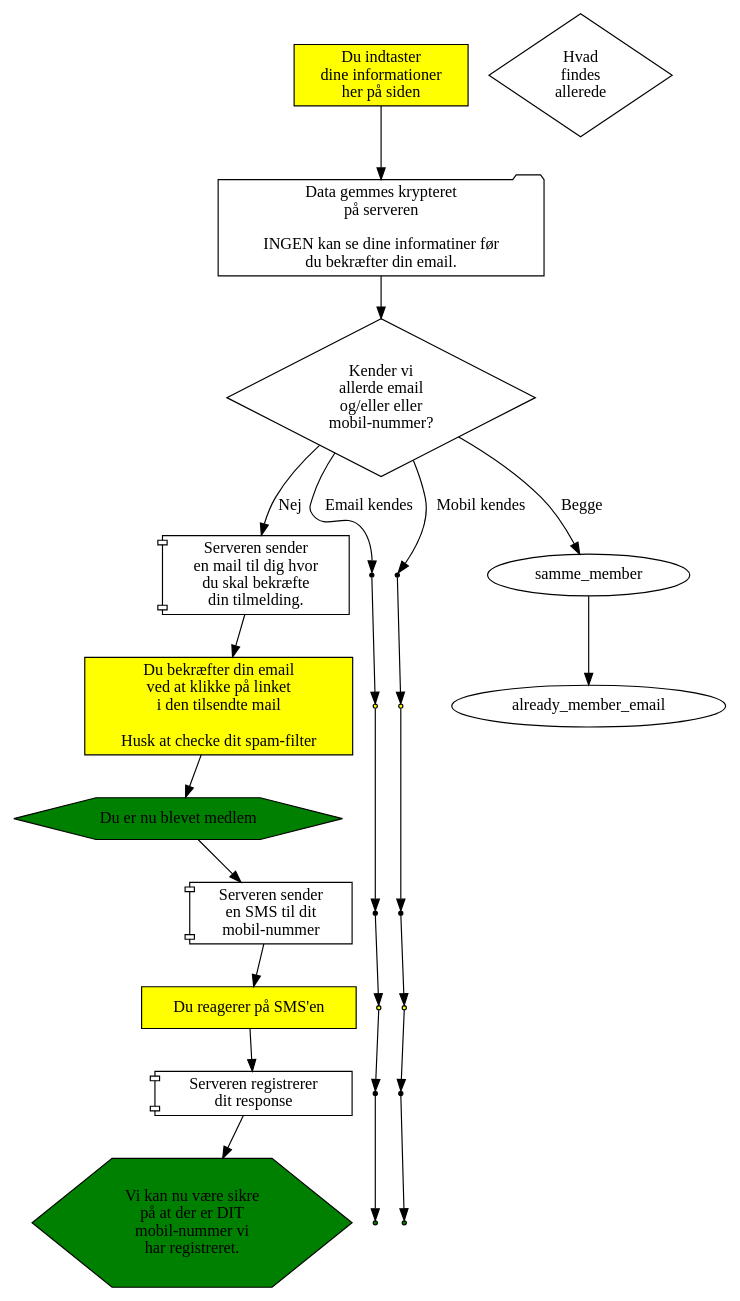
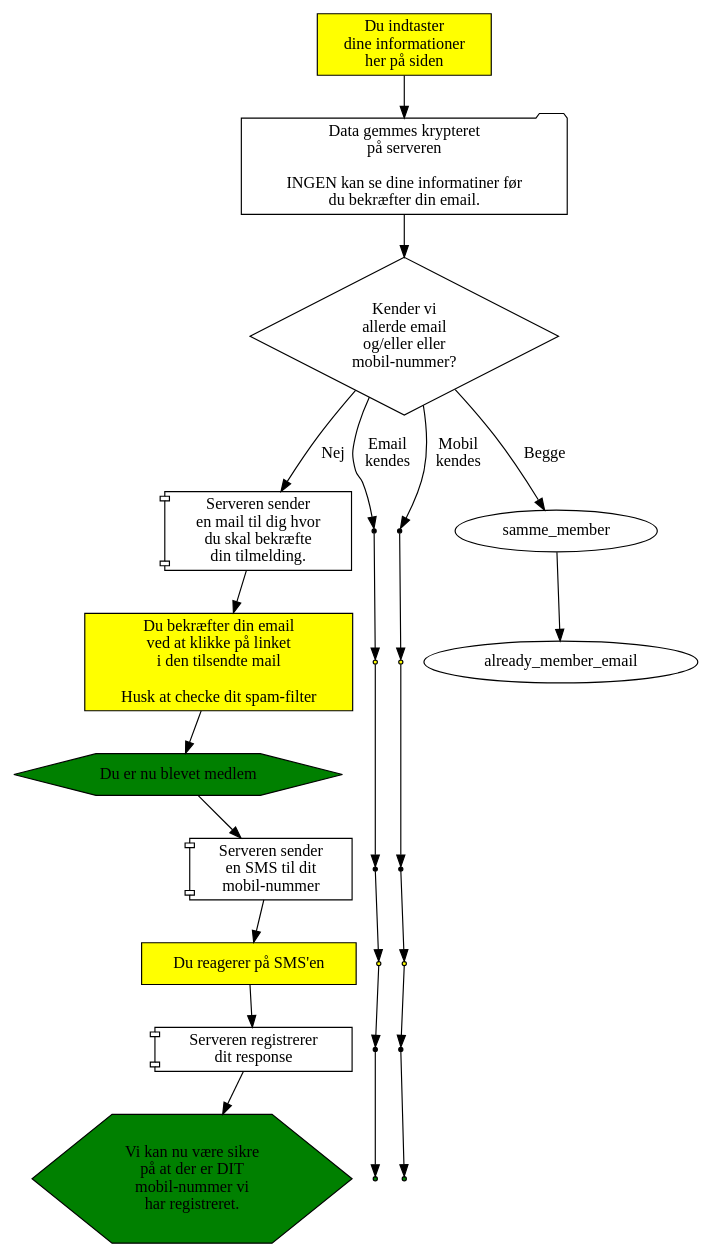
The diagram in medlemskab/indmeldelse.dot (alslug/alslug.dk), drawn with Graphviz before and after one commit.

```diff
--- a/medlemskab/indmeldelse.dot
+++ b/medlemskab/indmeldelse.dot
@@ -1,70 +1,69 @@
 digraph indmeldelse {
   { # Dine handlinger
     node [ shape=box style=filled fillcolor=yellow ];
     indtast                [label="Du indtaster\ndine informationer\nher på siden"];
     subgraph cluster_server_sender_email {
       style=invis;
       node                 [label="Du bekræfter din email\nved at klikke på linket\ni den tilsendte mail\n\nHusk at checke dit spam-filter"];
       confirm_email_nyt_medlem;
       confirm_email_add_email [shape=point];
       confirm_email_add_mobil [shape=point];
     }
     subgraph cluster_server_sender_sms {
       style=invis;
       node                 [label="Du reagerer på SMS'en"];
       confirm_sms_nyt_medlem;
       confirm_sms_add_email [shape=point];
       confirm_sms_add_mobil [shape=point];
     }
   }
   send_tilmelding        [shape=folder label="Data gemmes krypteret \n på serveren \n \n INGEN kan se dine informatiner før \n du bekræfter din email."];
   { # Server-aktiviteter
     node [shape=component];
     subgraph cluster_server_sender_email {
       style=invis;
       node                 [label="Serveren sender \n en mail til dig hvor \n du skal bekræfte \n din tilmelding."];
       server_sender_emai_nyt_medlem;
       server_sender_email_add_email [shape=point];
       server_sender_email_add_mobil [shape=point];
     }
     subgraph cluster_server_sender_sms {
       style=invis;
       node                 [label="Serveren sender \n en SMS til dit \n mobil-nummer"];
       server_sender_sms_nyt_medlem;
       server_sender_sms_add_email [shape=point];
       server_sender_sms_add_mobil [shape=point];
     }
     subgraph cluster_sms_confirmed {
       style=invis;
       node                 [label="Serveren registrerer \n dit response"];
       sms_confirmed_nyt_medlem;
       sms_confirmed_add_email [shape=point];
       sms_confirmed_add_mobil [shape=point];
     }
   }
   { # Results
     node [shape=hexagon   style=filled fillcolor=green ];
     du_biver_medlem        [label="Du er nu blevet medlem"];
     mobile_ok              [label="Vi kan nu være sikre \n på at der er DIT \n mobil-nummer vi \n har registreret."]; 
     email_added            [label="Den nye \n ekstra email er \n registreret." shape=point];
     mobil_added            [label="Dit nye \n mobil-nummer er \n registreret." shape=point]; 
   }
   { # Valg
     node [shape=diamond];
     findes_allerede        [label="Kender vi \n allerde email \n og/eller eller \n mobil-nummer?"];
-    hvad_findes_allerede   [label="Hvad \n findes \n allerede"];
   }
 
   indtast -> send_tilmelding -> findes_allerede;
                                 findes_allerede -> server_sender_emai_nyt_medlem [label="Nej"];
                                                    server_sender_emai_nyt_medlem -> confirm_email_nyt_medlem -> du_biver_medlem ->
                                                    server_sender_sms_nyt_medlem  -> confirm_sms_nyt_medlem   -> sms_confirmed_nyt_medlem -> mobile_ok;
-                                findes_allerede -> server_sender_email_add_email [label="Email kendes"];
+                                findes_allerede -> server_sender_email_add_email [label="Email \n kendes"];
                                                    server_sender_email_add_email -> confirm_email_add_email  ->
                                                    server_sender_sms_add_email   -> confirm_sms_add_email    -> sms_confirmed_add_email -> email_added;
-                                findes_allerede -> server_sender_email_add_mobil [label="Mobil kendes"];
+                                findes_allerede -> server_sender_email_add_mobil [label="Mobil \n kendes"];
                                                    server_sender_email_add_mobil -> confirm_email_add_mobil  ->
                                                    server_sender_sms_add_mobil   -> confirm_sms_add_mobil    -> sms_confirmed_add_mobil -> mobil_added;
                                 findes_allerede-> samme_member                   [label="Begge"];
                                                   samme_member -> already_member_email;
 }
```
